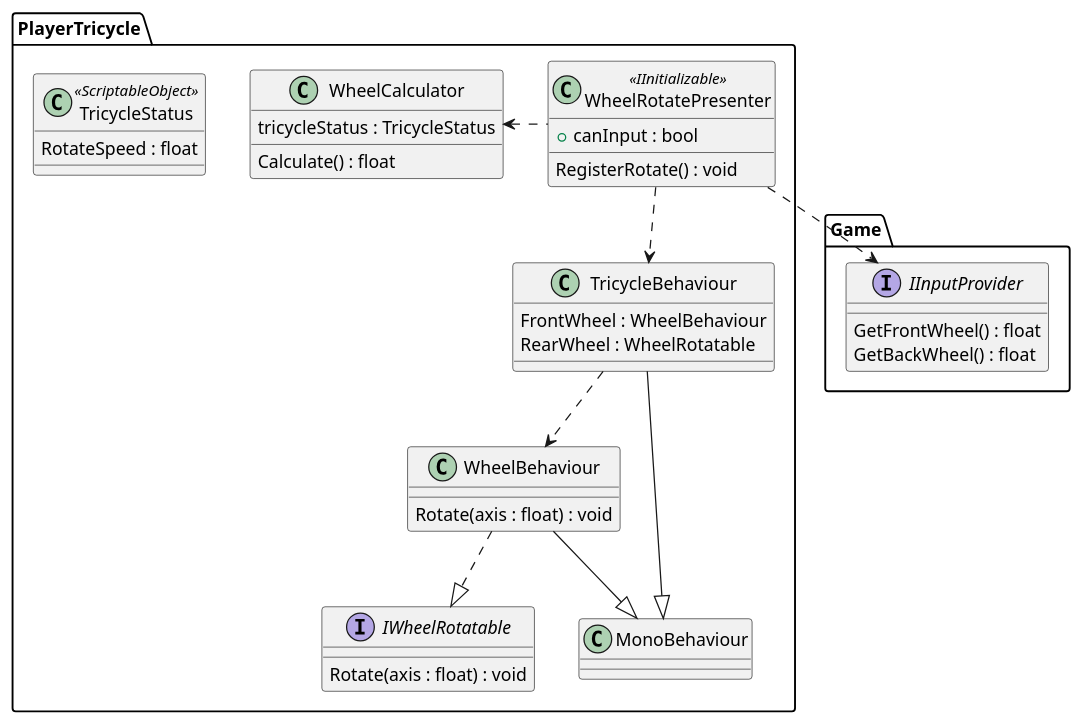
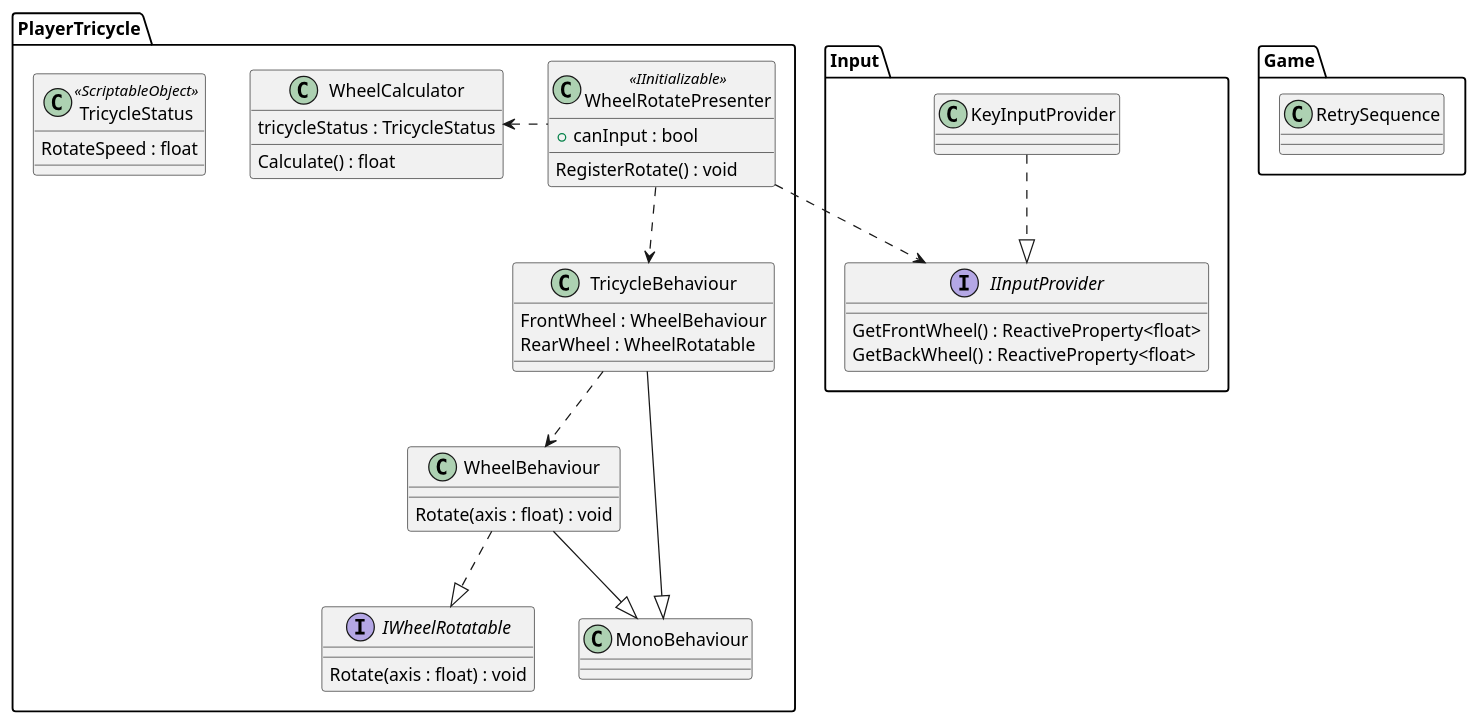
Before and after one commit to Carly7766/tricycle: the diagram in Assets/Documents/class_diagram.puml, drawn with PlantUML. The commit also changed 68 other files, not shown here.

```diff
--- a/Assets/Documents/class_diagram.puml
+++ b/Assets/Documents/class_diagram.puml
@@ -1,87 +1,59 @@
 @startuml
 
-package Game {
+package Input {
+    class KeyInputProvider {
+    }
+    
     interface IInputProvider {
-        GetFrontWheel() : float
-        GetBackWheel() : float
+        GetFrontWheel() : ReactiveProperty<float>
+        GetBackWheel() : ReactiveProperty<float>
     }
+    KeyInputProvider ..|> IInputProvider
 }
 package PlayerTricycle {
     class TricycleStatus <<ScriptableObject>> {
         RotateSpeed : float
     }
     
     class WheelRotatePresenter <<IInitializable>> {
         +canInput : bool
         RegisterRotate() : void
     }
     
     class WheelCalculator {
         tricycleStatus : TricycleStatus
         Calculate() : float
     }
     
     interface IWheelRotatable {
         Rotate(axis : float) : void
     }
     
     class WheelBehaviour {
         Rotate(axis : float) : void
     }
     
     class TricycleBehaviour {
         FrontWheel : WheelBehaviour
         RearWheel : WheelRotatable
     }
 
     class MonoBehaviour { }
     
     TricycleBehaviour --|> MonoBehaviour
     WheelBehaviour --|> MonoBehaviour
 
     WheelBehaviour ..|> IWheelRotatable
     
     WheelRotatePresenter ..> IInputProvider
     WheelRotatePresenter ..> TricycleBehaviour
     WheelRotatePresenter ..left> WheelCalculator
     
     TricycleBehaviour ..> WheelBehaviour
 }
-
-'package Generate {
-'    class GenerateSettings {
-'        aheadCount : int
-'        destroyCount : int
-'        StartStage : Stage 
-'        Stages : Stage[]
-'    }
-'
-'    class Stage {
-'        prefab : GameObject
-'        width : float
-'    }
-'
-'    class CameraPositionMonitor {
-'        OnChanged : IObservable<Vector3>
-'    }
-'
-'    class StageGenerator {
-'    }
-'
-'    class StageDestroyer {
-'    }
-'
-'    class StageContainer {
-'        - stages : List<Stage>
-'        + stageCount : int
-'
-'        AddStage(stage : Stage) : void
-'        GetStage(index : int) : Stage
-'        DeleteFirstStage() : void
-'    }
-'
-'    StageGenerator ..> GenerateSettings
-'    StageGenerator ..> CameraPositionMonitor
-'    StageGenerator --> StageContainer
-'}
+package Game {
+    class RetrySequence {
+    
+    }
+}
 @enduml
```
